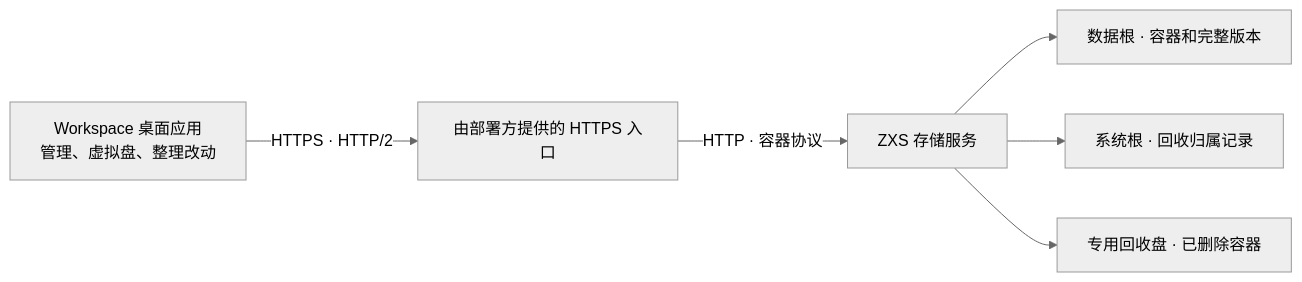
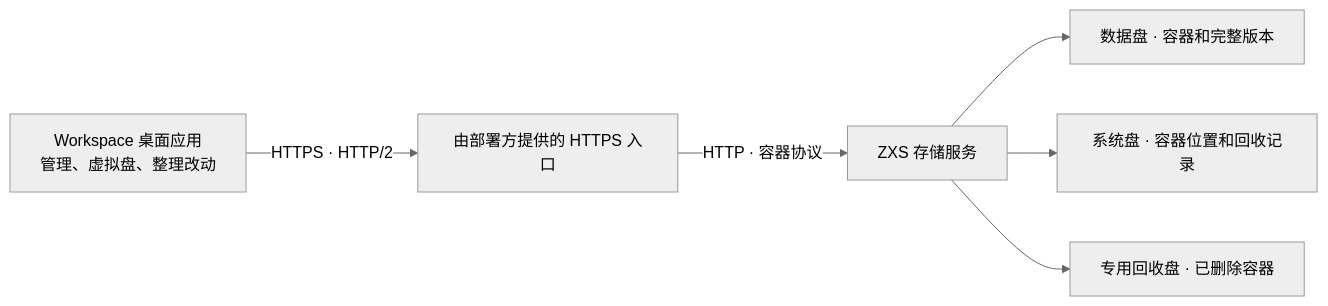
Before and after one commit to isarmg/zxs: the diagram in zxs/ARCHITECTURE.md, drawn with Mermaid (neutral theme). The commit also changed other lines of this file and 21 other files, not shown here.

````diff
--- a/zxs/ARCHITECTURE.md
+++ b/zxs/ARCHITECTURE.md
@@ -3,8 +3,8 @@
 ```mermaid
 flowchart LR
     A["Workspace 桌面应用<br/>管理、虚拟盘、整理改动"] -->|"HTTPS · HTTP/2"| T["由部署方提供的 HTTPS 入口"]
     T -->|"HTTP · 容器协议"| S["ZXS 存储服务"]
-    S --> D["数据根 · 容器和完整版本"]
-    S --> M["系统根 · 回收归属记录"]
+    S --> D["数据盘 · 容器和完整版本"]
+    S --> M["系统盘 · 容器位置和回收记录"]
     S --> R["专用回收盘 · 已删除容器"]
 ```
````
